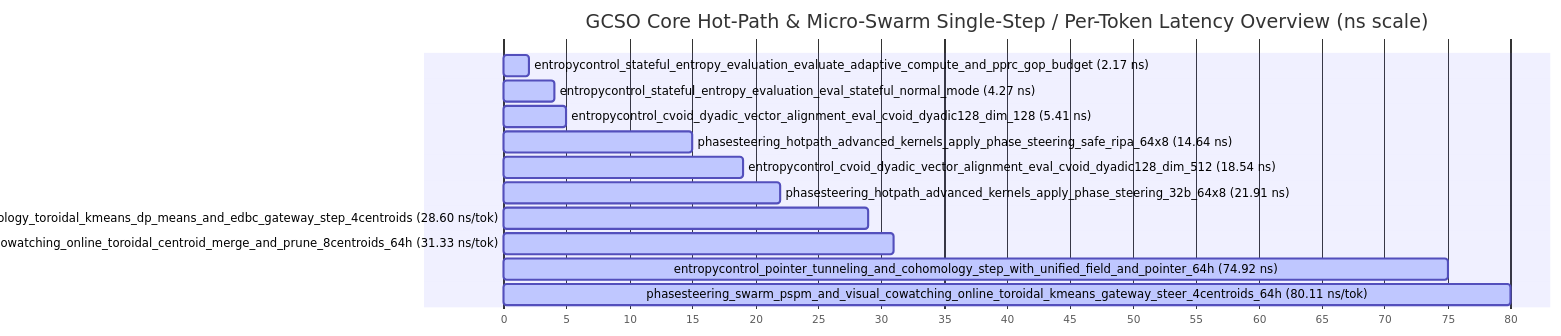
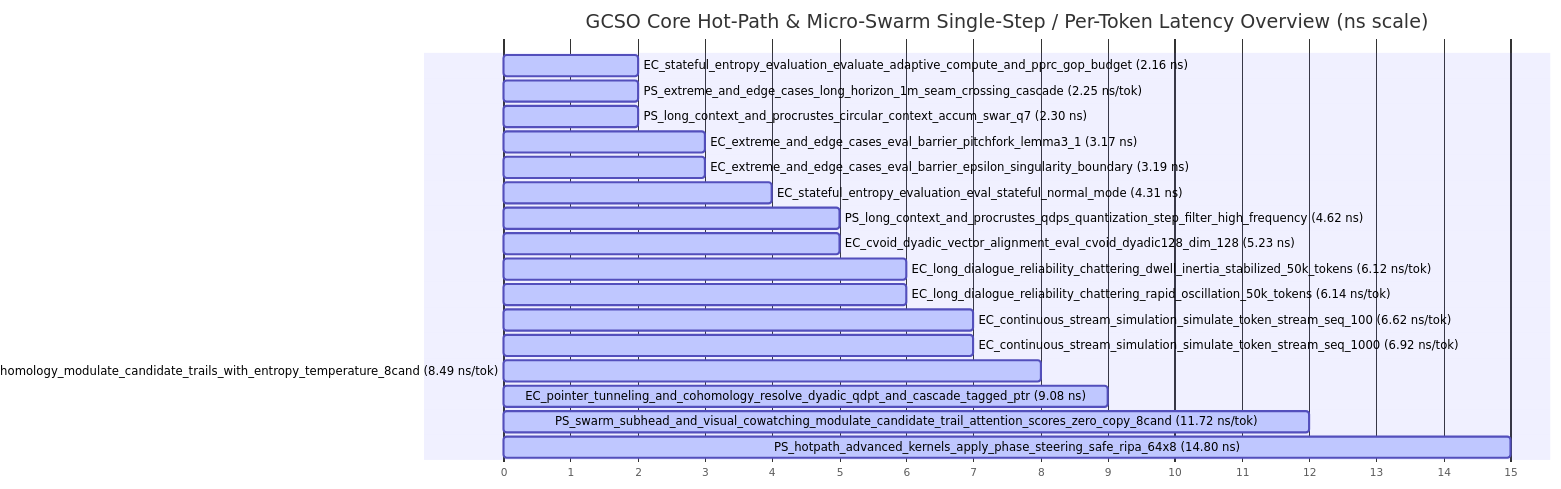
Before and after one commit to flat-sauce-works/LiminiKa: the diagram in docs/benchmark/benchmarks.md, drawn with Mermaid. The commit also changed other lines of this file and 15 other files, not shown here.

````diff
--- a/docs/benchmark/benchmarks.md
+++ b/docs/benchmark/benchmarks.md
@@ -92,16 +101,22 @@
 ```mermaid
 gantt
     title GCSO Core Hot-Path & Micro-Swarm Single-Step / Per-Token Latency Overview (ns scale)
     dateFormat X
     axisFormat %s
-    entropycontrol_stateful_entropy_evaluation_evaluate_adaptive_compute_and_pprc_gop_budget (2.17 ns) :active, 0, 2
-    entropycontrol_stateful_entropy_evaluation_eval_stateful_normal_mode (4.27 ns) :active, 0, 4
-    entropycontrol_cvoid_dyadic_vector_alignment_eval_cvoid_dyadic128_dim_128 (5.41 ns) :active, 0, 5
-    phasesteering_hotpath_advanced_kernels_apply_phase_steering_safe_ripa_64x8 (14.64 ns) :active, 0, 15
-    entropycontrol_cvoid_dyadic_vector_alignment_eval_cvoid_dyadic128_dim_512 (18.54 ns) :active, 0, 19
-    phasesteering_hotpath_advanced_kernels_apply_phase_steering_32b_64x8 (21.91 ns) :active, 0, 22
-    entropycontrol_pointer_tunneling_and_cohomology_toroidal_kmeans_dp_means_and_edbc_gateway_step_4centroids (28.60 ns/tok) :active, 0, 29
-    phasesteering_swarm_pspm_and_visual_cowatching_online_toroidal_centroid_merge_and_prune_8centroids_64h (31.33 ns/tok) :active, 0, 31
-    entropycontrol_pointer_tunneling_and_cohomology_step_with_unified_field_and_pointer_64h (74.92 ns) :active, 0, 75
-    phasesteering_swarm_pspm_and_visual_cowatching_online_toroidal_kmeans_gateway_steer_4centroids_64h (80.11 ns/tok) :active, 0, 80
+    EC_stateful_entropy_evaluation_evaluate_adaptive_compute_and_pprc_gop_budget (2.16 ns) :active, 0, 2
+    PS_extreme_and_edge_cases_long_horizon_1m_seam_crossing_cascade (2.25 ns/tok) :active, 0, 2
+    PS_long_context_and_procrustes_circular_context_accum_swar_q7 (2.30 ns) :active, 0, 2
+    EC_extreme_and_edge_cases_eval_barrier_pitchfork_lemma3_1 (3.17 ns) :active, 0, 3
+    EC_extreme_and_edge_cases_eval_barrier_epsilon_singularity_boundary (3.19 ns) :active, 0, 3
+    EC_stateful_entropy_evaluation_eval_stateful_normal_mode (4.31 ns) :active, 0, 4
+    PS_long_context_and_procrustes_qdps_quantization_step_filter_high_frequency (4.62 ns) :active, 0, 5
+    EC_cvoid_dyadic_vector_alignment_eval_cvoid_dyadic128_dim_128 (5.23 ns) :active, 0, 5
+    EC_long_dialogue_reliability_chattering_dwell_inertia_stabilized_50k_tokens (6.12 ns/tok) :active, 0, 6
+    EC_long_dialogue_reliability_chattering_rapid_oscillation_50k_tokens (6.14 ns/tok) :active, 0, 6
+    EC_continuous_stream_simulation_simulate_token_stream_seq_100 (6.62 ns/tok) :active, 0, 7
+    EC_continuous_stream_simulation_simulate_token_stream_seq_1000 (6.92 ns/tok) :active, 0, 7
+    EC_pointer_tunneling_and_cohomology_modulate_candidate_trails_with_entropy_temperature_8cand (8.49 ns/tok) :active, 0, 8
+    EC_pointer_tunneling_and_cohomology_resolve_dyadic_qdpt_and_cascade_tagged_ptr (9.08 ns) :active, 0, 9
+    PS_swarm_subhead_and_visual_cowatching_modulate_candidate_trail_attention_scores_zero_copy_8cand (11.72 ns/tok) :active, 0, 12
+    PS_hotpath_advanced_kernels_apply_phase_steering_safe_ripa_64x8 (14.80 ns) :active, 0, 15
 ```
````
